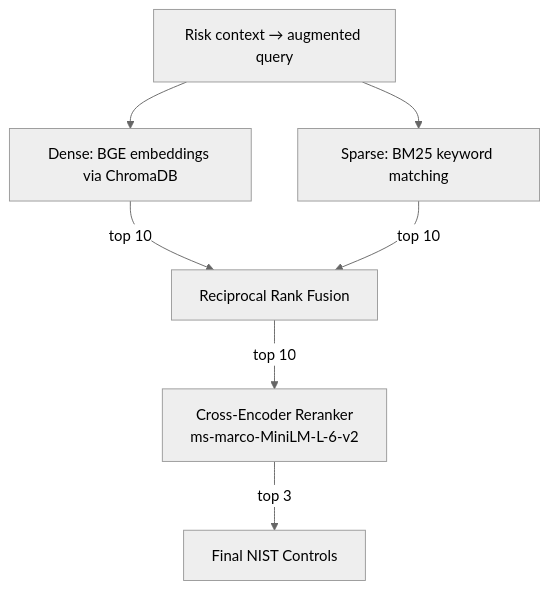
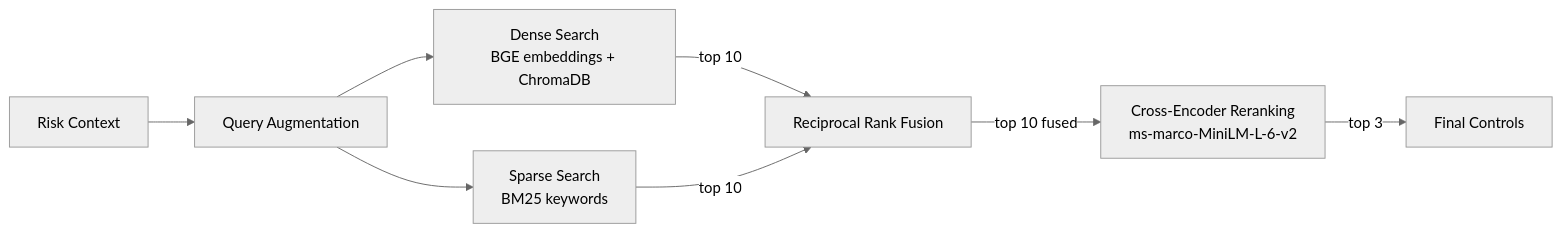
The second of 2 diagrams in README.md (Yashraj0906/cyber-risk-assistant), drawn with Mermaid (neutral theme) before and after one commit. The commit also changed other lines of this file, not shown here.

````diff
--- a/README.md
+++ b/README.md
@@ -91,9 +97,10 @@
 ```mermaid
-graph TD
-    Q[Risk context → augmented query] --> D[Dense: BGE embeddings via ChromaDB]
-    Q --> S[Sparse: BM25 keyword matching]
-    D --> |top 10| F[Reciprocal Rank Fusion]
-    S --> |top 10| F
-    F --> |top 10| R[Cross-Encoder Reranker<br/>ms-marco-MiniLM-L-6-v2]
-    R --> |top 3| OUT[Final NIST Controls]
+graph LR
+    Q[Risk Context] --> QA[Query Augmentation]
+    QA --> D[Dense Search<br/>BGE embeddings + ChromaDB]
+    QA --> S[Sparse Search<br/>BM25 keywords]
+    D --> |top 10| RRF[Reciprocal Rank Fusion]
+    S --> |top 10| RRF
+    RRF --> |top 10 fused| CR[Cross-Encoder Reranking<br/>ms-marco-MiniLM-L-6-v2]
+    CR --> |top 3| R[Final Controls]
 ```
````
